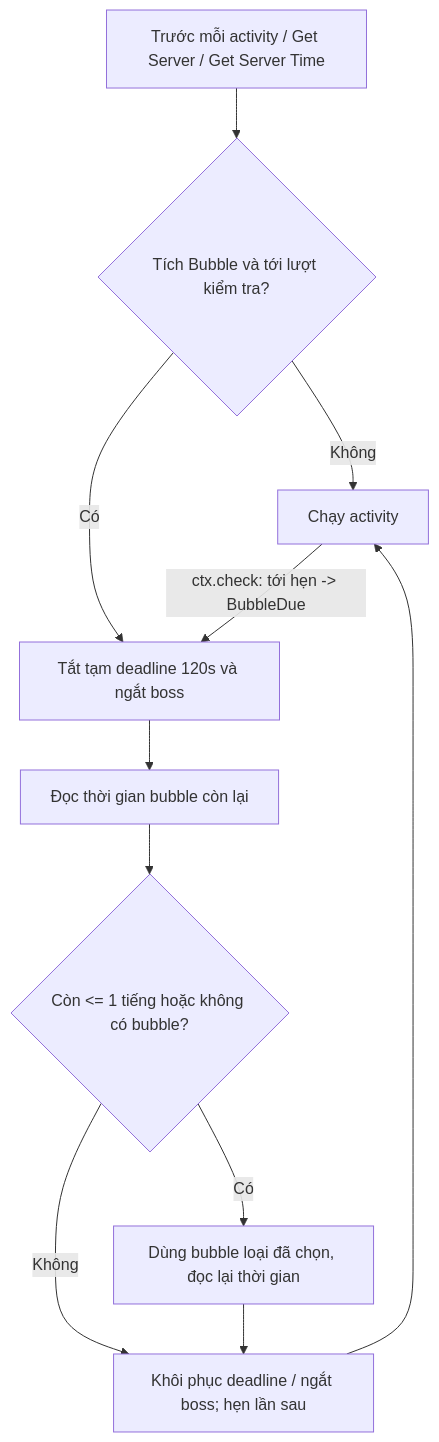
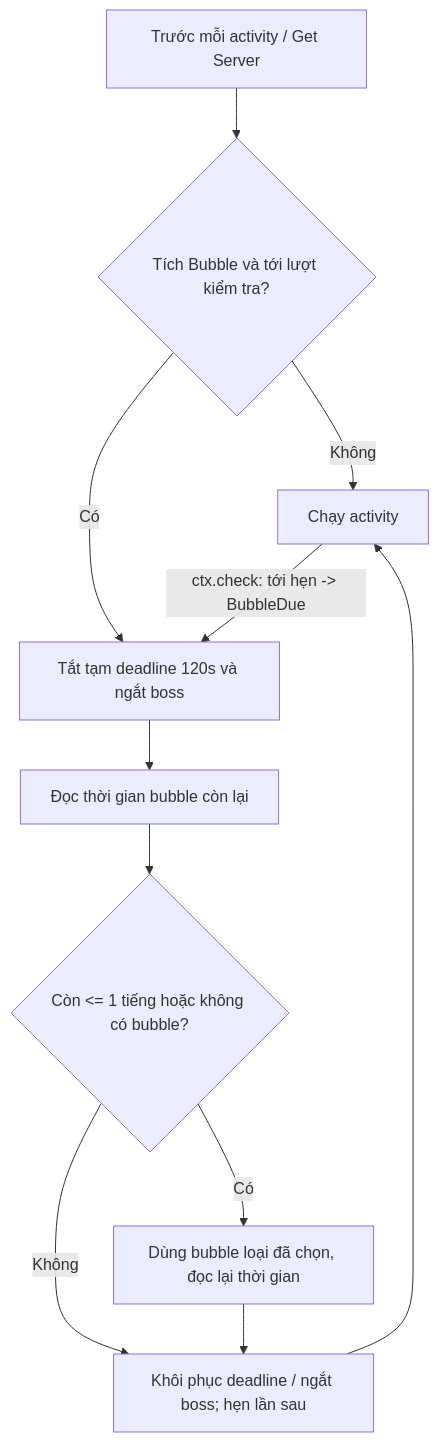
Before and after one commit to Hoangkz/EvonyBot: the third of 4 diagrams in bot/worker/FLOW.md, drawn with Mermaid. The commit also changed other lines of this file and 21 other files, not shown here.

````diff
--- a/bot/worker/FLOW.md
+++ b/bot/worker/FLOW.md
@@ -111,13 +104,13 @@
 ```mermaid
 flowchart TD
-    A[Trước mỗi activity / Get Server / Get Server Time] --> B{Tích Bubble và tới lượt kiểm tra?}
+    A[Trước mỗi activity / Get Server] --> B{Tích Bubble và tới lượt kiểm tra?}
     B -->|Không| R[Chạy activity]
     B -->|Có| C[Tắt tạm deadline 120s và ngắt boss]
     C --> D[Đọc thời gian bubble còn lại]
     D --> E{Còn <= 1 tiếng hoặc không có bubble?}
     E -->|Có| F[Dùng bubble loại đã chọn, đọc lại thời gian]
     E -->|Không| G
     F --> G[Khôi phục deadline / ngắt boss; hẹn lần sau]
     G --> R
     R -->|ctx.check: tới hẹn -> BubbleDue| C
 ```
````
